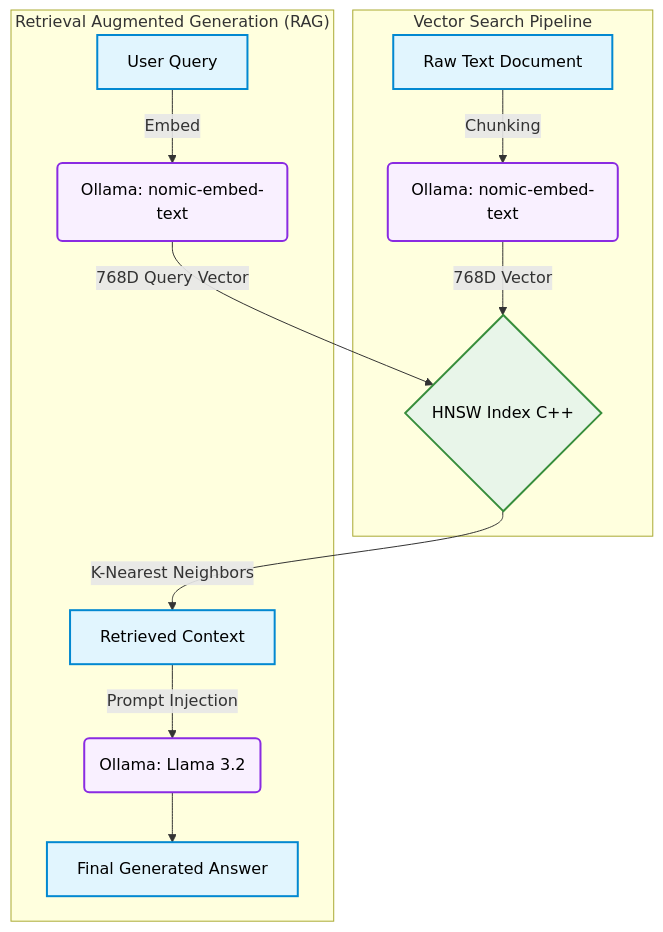
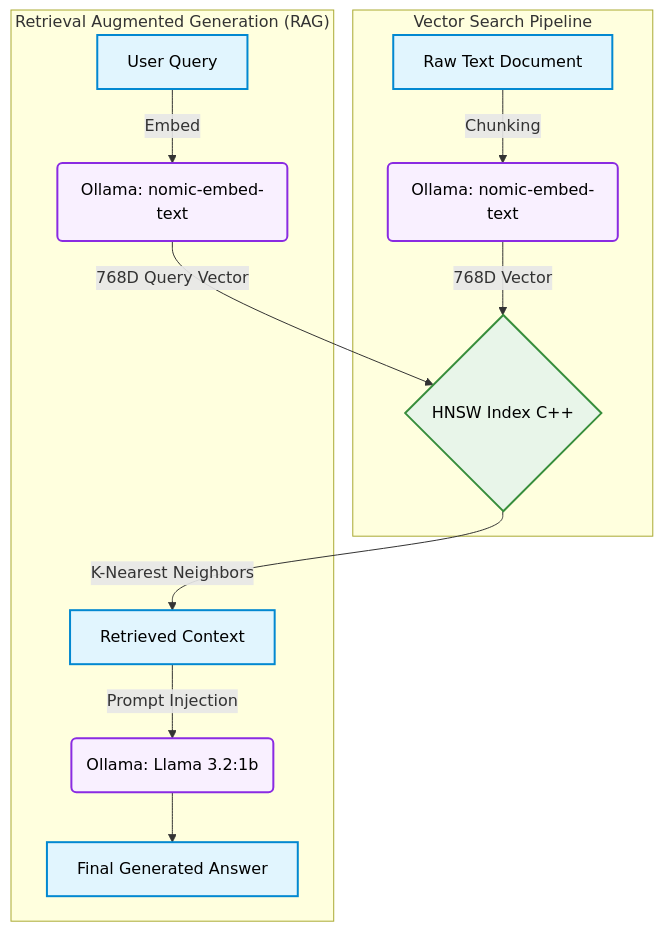
Before and after one commit to Shashank17singh/Your-Own-AI: the diagram in README.md, drawn with Mermaid.

Commit message:
update Llama 3.2 in Mermaid diagram to Llama 3.2:1b

````diff
--- a/README.md
+++ b/README.md
@@ -38,23 +38,23 @@
 ```mermaid
 graph TD
     subgraph "Vector Search Pipeline"
     A[Raw Text Document] -->|Chunking| B(Ollama: nomic-embed-text)
     B -->|768D Vector| C{HNSW Index C++}
     end
     
     subgraph "Retrieval Augmented Generation (RAG)"
     D[User Query] -->|Embed| E(Ollama: nomic-embed-text)
     E -->|768D Query Vector| C
     C -->|K-Nearest Neighbors| F[Retrieved Context]
-    F -->|Prompt Injection| G(Ollama: Llama 3.2)
+    F -->|Prompt Injection| G(Ollama: Llama 3.2:1b)
     G --> H[Final Generated Answer]
     end
     
     classDef llm fill:#f9f0ff,stroke:#8a2be2,stroke-width:2px,color:#000;
     classDef data fill:#e1f5fe,stroke:#0288d1,stroke-width:2px,color:#000;
     classDef index fill:#e8f5e9,stroke:#388e3c,stroke-width:2px,color:#000;
     
     class B,G,E llm;
     class A,D,F,H data;
     class C index;
 ```
````
